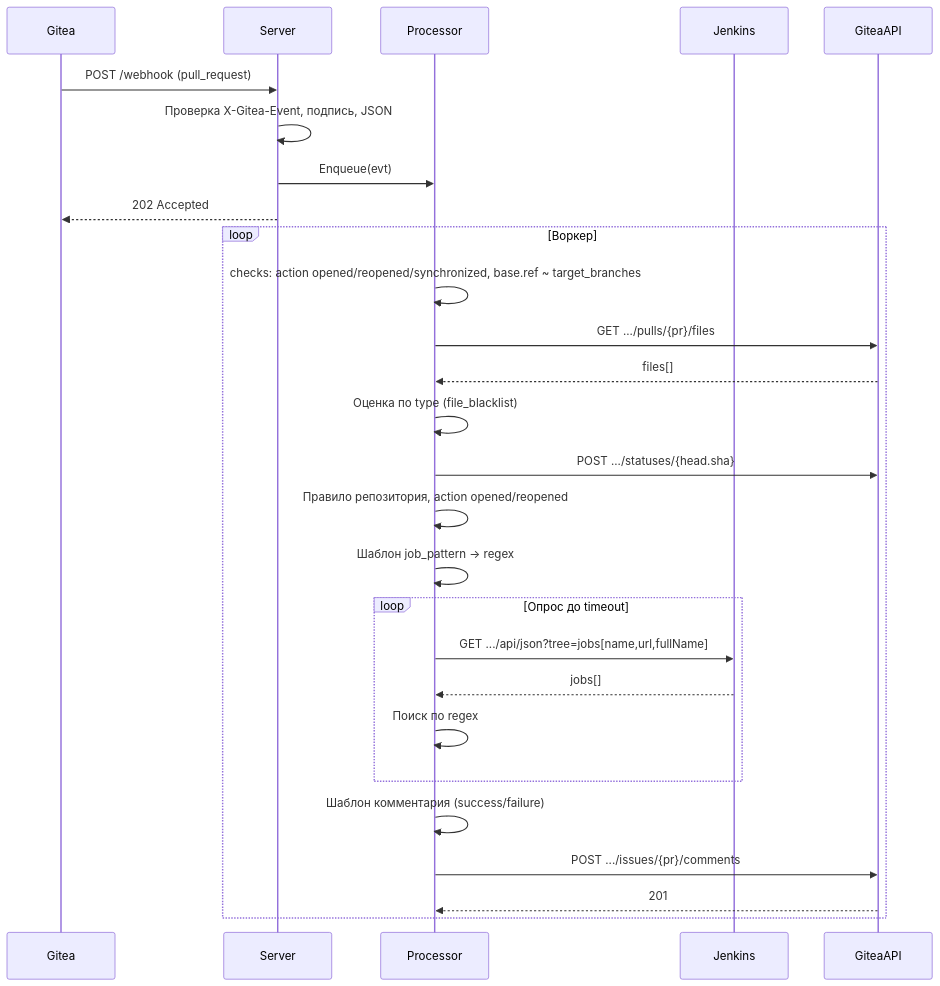
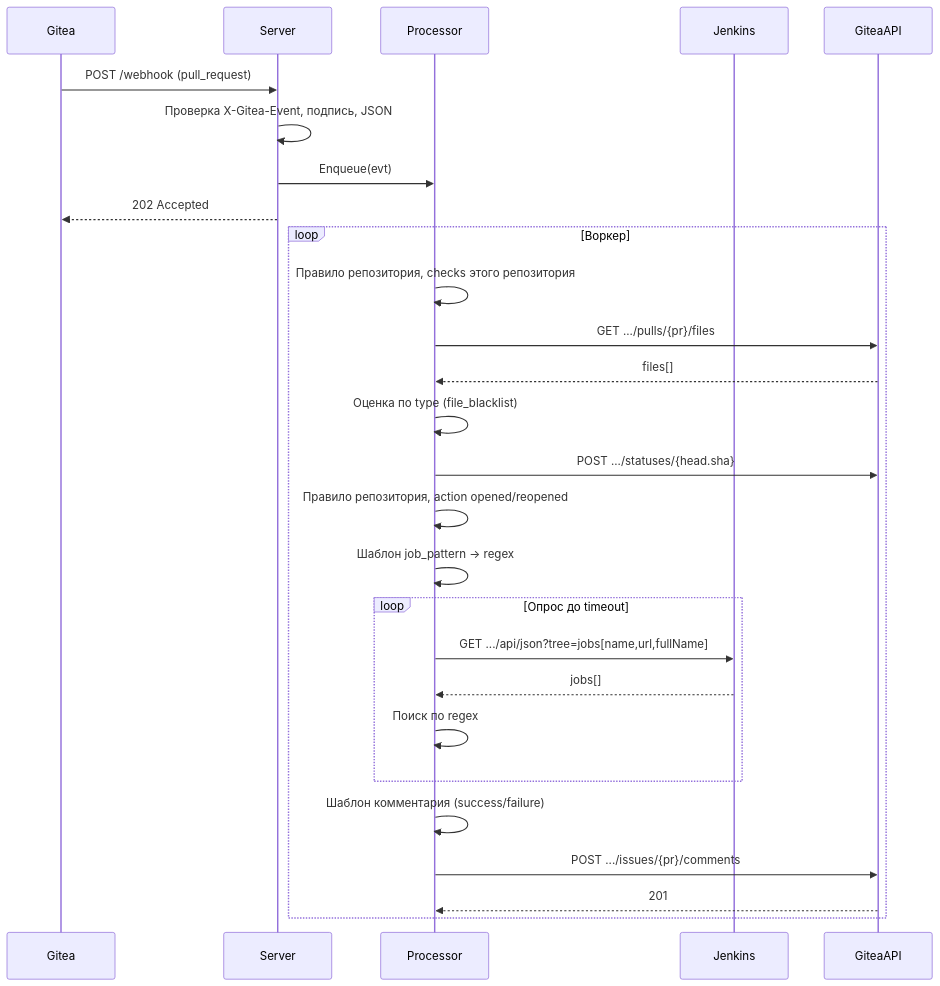
Before and after one commit to eremenko789/rkl-jarvis-pr-helper: the first of 2 diagrams in docs/architecture.md, drawn with Mermaid. The commit also changed other lines of this file and 15 other files, not shown here.

````diff
--- a/docs/architecture.md
+++ b/docs/architecture.md
@@ -16,31 +16,31 @@
 ```mermaid
 sequenceDiagram
     participant Gitea
     participant Server
     participant Processor
     participant Jenkins
     participant GiteaAPI
 
     Gitea->>Server: POST /webhook (pull_request)
     Server->>Server: Проверка X-Gitea-Event, подпись, JSON
     Server->>Processor: Enqueue(evt)
     Server-->>Gitea: 202 Accepted
 
     loop Воркер
-        Processor->>Processor: checks: action opened/reopened/synchronized, base.ref ~ target_branches
+        Processor->>Processor: Правило репозитория, checks этого репозитория
         Processor->>GiteaAPI: GET .../pulls/{pr}/files
         GiteaAPI-->>Processor: files[]
         Processor->>Processor: Оценка по type (file_blacklist)
         Processor->>GiteaAPI: POST .../statuses/{head.sha}
         Processor->>Processor: Правило репозитория, action opened/reopened
         Processor->>Processor: Шаблон job_pattern → regex
         loop Опрос до timeout
             Processor->>Jenkins: GET .../api/json?tree=jobs[name,url,fullName]
             Jenkins-->>Processor: jobs[]
             Processor->>Processor: Поиск по regex
         end
         Processor->>Processor: Шаблон комментария (success/failure)
         Processor->>GiteaAPI: POST .../issues/{pr}/comments
         GiteaAPI-->>Processor: 201
     end
 ```
````
